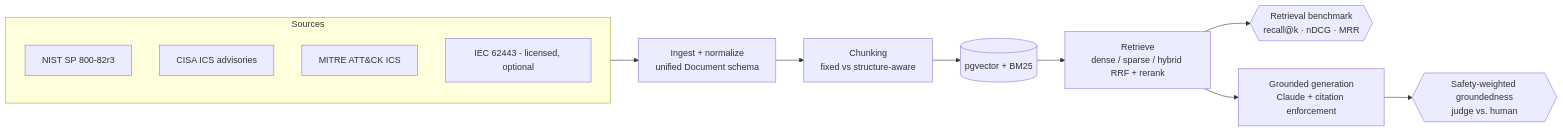
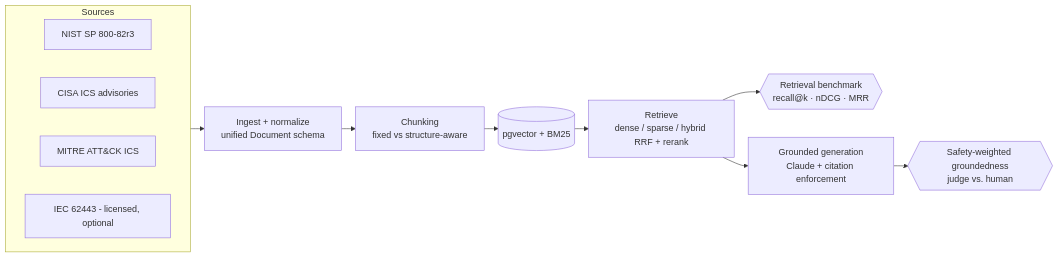
Before and after one commit to gregcarriger/Manifold: the diagram in README.md, drawn with Mermaid.

Commit message:
Refactor flowchart in README.md
Simplified the flowchart representation in the README.

````diff
--- a/README.md
+++ b/README.md
@@ -60,17 +60,14 @@
 ```mermaid
+%%{init: {'flowchart': {'rankSpacing': 25}}}%%
 flowchart LR
     subgraph Sources
-      direction TB
-      N[NIST SP 800-82r3]
-      C[CISA ICS advisories]
-      M[MITRE ATT&CK ICS]
-      I[IEC 62443 - licensed, optional]
+      N[NIST SP 800-82r3] ~~~ C[CISA ICS advisories] ~~~ M[MITRE ATT&CK ICS] ~~~ I[IEC 62443 - licensed, optional]
     end
     Sources --> ING[Ingest + normalize<br/>unified Document schema]
     ING --> CH[Chunking<br/>fixed vs structure-aware]
     CH --> IDX[(pgvector + BM25)]
     IDX --> R[Retrieve<br/>dense / sparse / hybrid RRF + rerank]
     R --> BENCH{{Retrieval benchmark<br/>recall@k · nDCG · MRR}}
     R --> GEN[Grounded generation<br/>Claude + citation enforcement]
     GEN --> GND{{Safety-weighted groundedness<br/>judge vs. human}}
 ```
````
